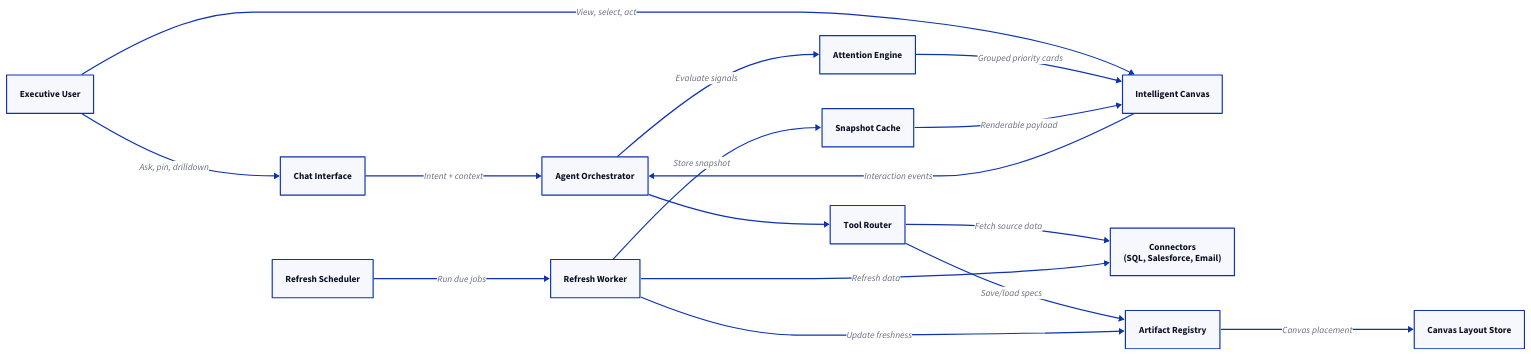
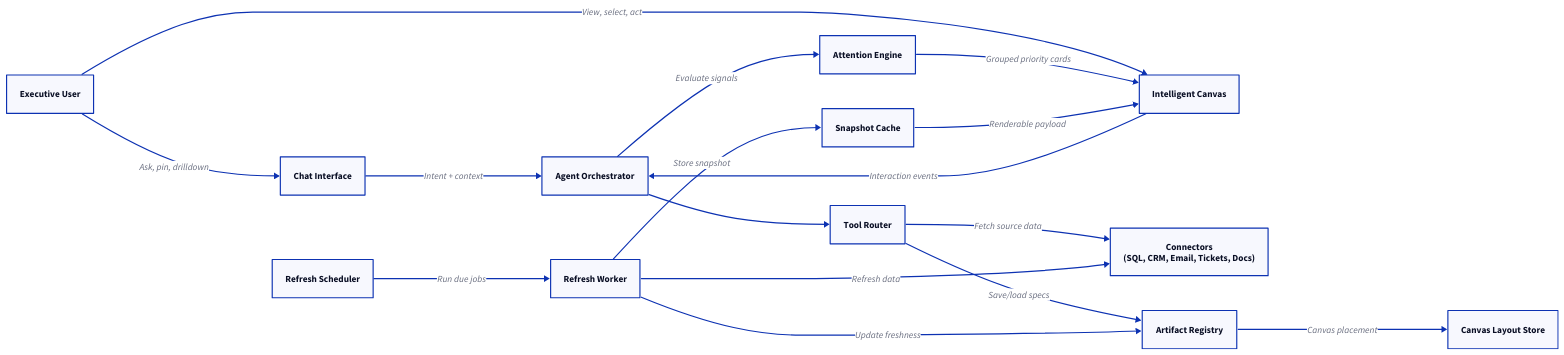
The seventh of 8 diagrams in docs/feat/intelligent-canvas.md (divamidesignlabs/ai-pylogue), drawn with D2 before and after one commit. The commit also changed other lines of this file and 2 other files, not shown here.

````diff
--- a/docs/feat/intelligent-canvas.md
+++ b/docs/feat/intelligent-canvas.md
@@ -250,33 +250,33 @@
 ```d2
 direction: right
 
 user: "Executive User"
 chat: "Chat Interface"
 canvas: "Intelligent Canvas"
 agent: "Agent Orchestrator"
 tools: "Tool Router"
-connectors: "Connectors\n(SQL, Salesforce, Email)"
+connectors: "Connectors\n(SQL, CRM, Email, Tickets, Docs)"
 artifact: "Artifact Registry"
 layout: "Canvas Layout Store"
 scheduler: "Refresh Scheduler"
 worker: "Refresh Worker"
 cache: "Snapshot Cache"
 attention: "Attention Engine"
 
 user -> chat: "Ask, pin, drilldown"
 user -> canvas: "View, select, act"
 
 chat -> agent: "Intent + context"
 canvas -> agent: "Interaction events"
 agent -> tools
 tools -> connectors: "Fetch source data"
 tools -> artifact: "Save/load specs"
 artifact -> layout: "Canvas placement"
 scheduler -> worker: "Run due jobs"
 worker -> connectors: "Refresh data"
 worker -> cache: "Store snapshot"
 worker -> artifact: "Update freshness"
 agent -> attention: "Evaluate signals"
 attention -> canvas: "Grouped priority cards"
 cache -> canvas: "Renderable payload"
 ```
````
